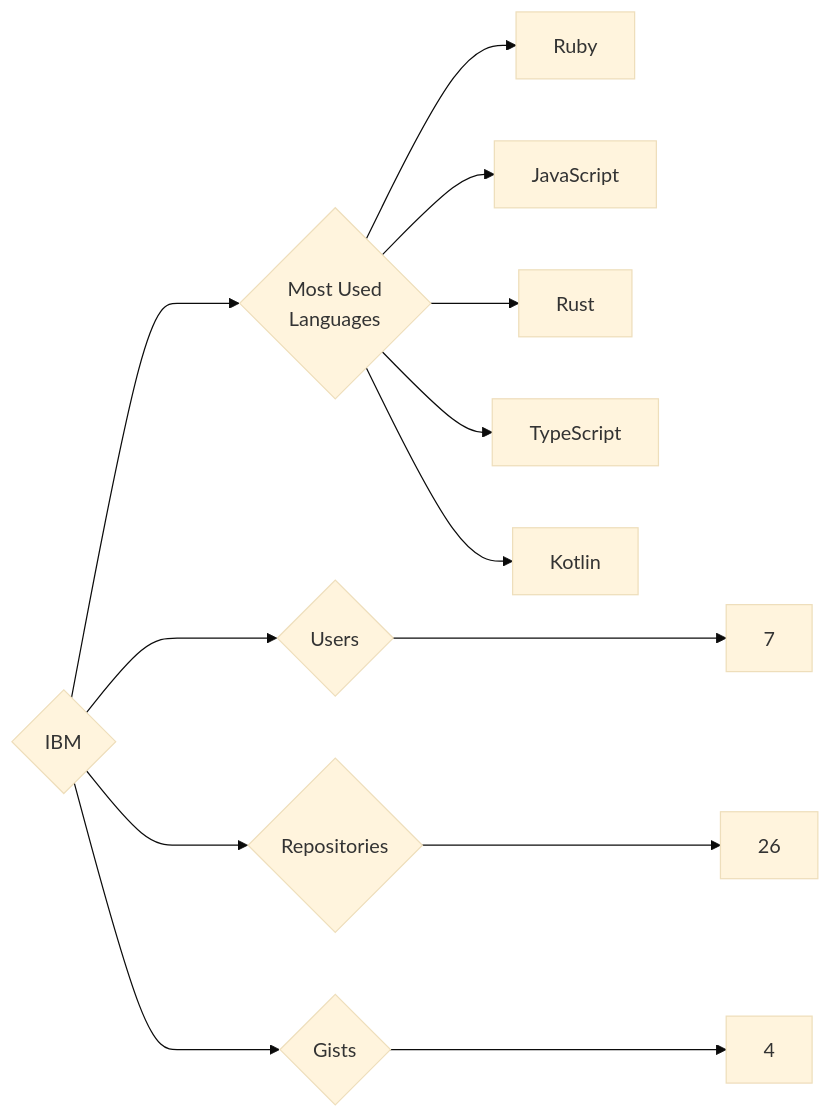
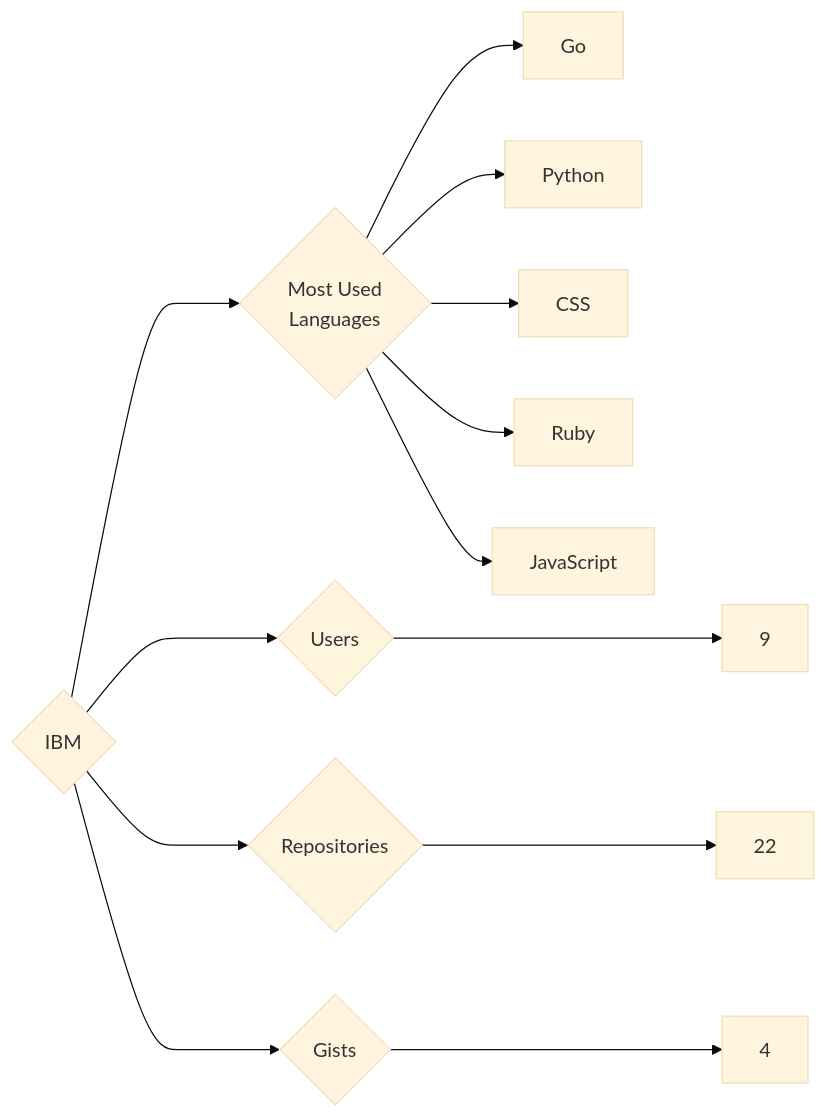
The diagram in targets/IBM/README.md (trickest/insiders), drawn with Mermaid (base theme) before and after one commit. The commit also changed 611 other files, not shown here.

````diff
--- a/targets/IBM/README.md
+++ b/targets/IBM/README.md
@@ -3,13 +3,13 @@
 ```mermaid
 graph LR
 COMPANY_NAME{IBM}
-COMPANY_NAME ---> U{Users} ---> UN[7]
-COMPANY_NAME ---> R{Repositories} ---> RN[26]
+COMPANY_NAME ---> U{Users} ---> UN[9]
+COMPANY_NAME ---> R{Repositories} ---> RN[22]
 COMPANY_NAME ---> G{Gists} ---> GN[4]
 COMPANY_NAME ---> ML{Most Used<br>Languages}
+ML --> Go[Go]
+ML --> Python[Python]
+ML --> CSS[CSS]
 ML --> Ruby[Ruby]
 ML --> JavaScript[JavaScript]
-ML --> Rust[Rust]
-ML --> TypeScript[TypeScript]
-ML --> Kotlin[Kotlin]
 ```
````
